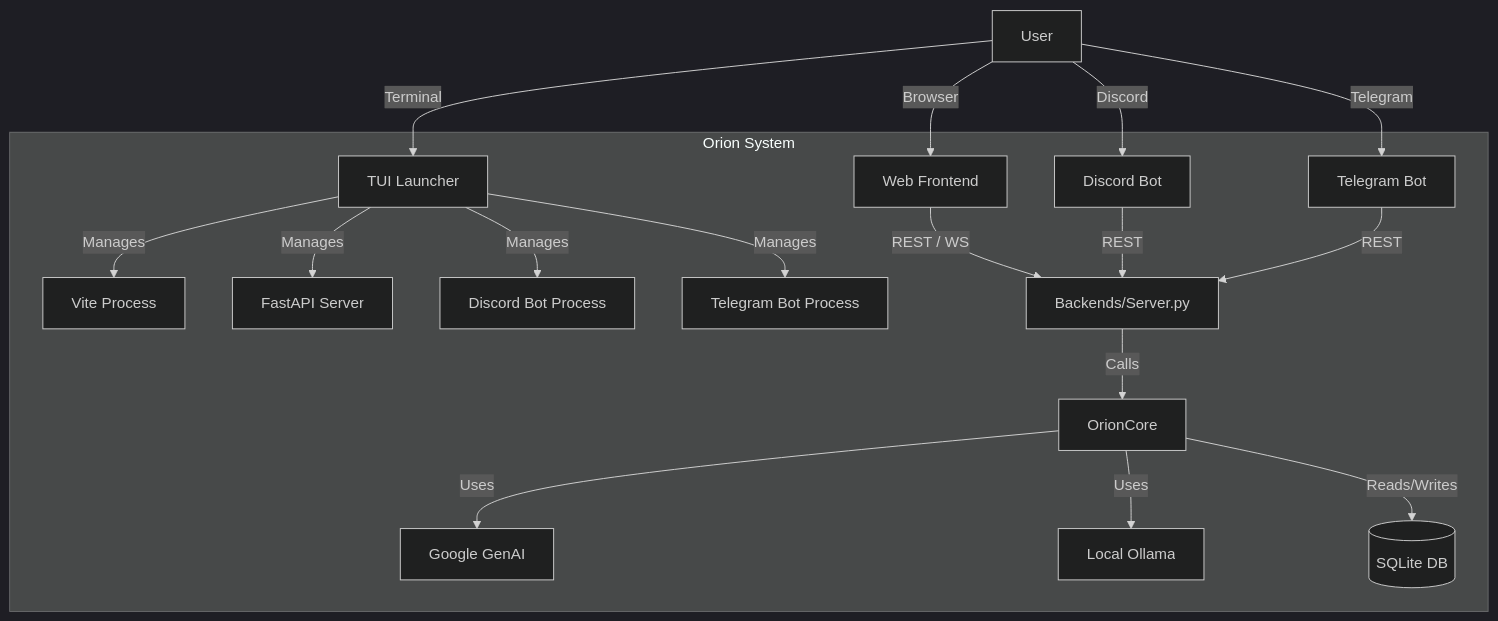
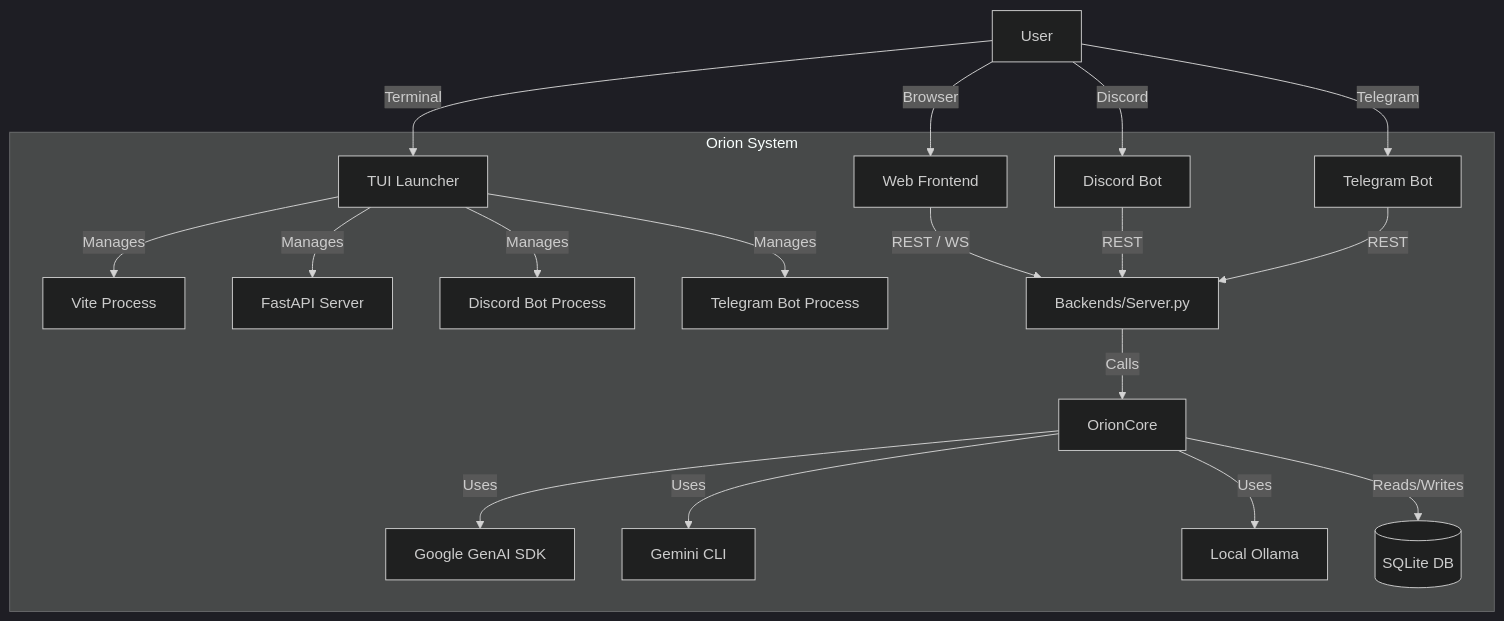
The diagram in docs/architecture.md (Dev-020/Orion), drawn with Mermaid (dark theme) before and after one commit. The commit also changed 5 other files, not shown here.

Commit message:
refactor: Gemini CLI Thin Wrapper architecture with --resume and GEMINI.md persona

````diff
--- a/docs/architecture.md
+++ b/docs/architecture.md
@@ -6,24 +6,25 @@
 ```mermaid
 graph TD
     User[User] -->|Browser| Web[Web Frontend]
     User -->|Terminal| Launcher[TUI Launcher]
     User -->|Discord| DiscordBot[Discord Bot]
     User -->|Telegram| TelegramBot[Telegram Bot]
     
     subgraph "Orion System"
         Launcher -->|Manages| WebProcess[Vite Process]
         Launcher -->|Manages| ServerProcess[FastAPI Server]
         Launcher -->|Manages| DiscordProcess[Discord Bot Process]
         Launcher -->|Manages| TelegramProcess[Telegram Bot Process]
         
         Web -->|REST / WS| Server[Backends/Server.py]
         DiscordBot -->|REST| Server
         TelegramBot -->|REST| Server
         
         Server -->|Calls| Core[OrionCore]
         
-        Core -->|Uses| GenAI[Google GenAI]
+        Core -->|Uses| GenAI[Google GenAI SDK]
+        Core -->|Uses| GeminiCLI[Gemini CLI]
         Core -->|Uses| Ollama[Local Ollama]
         Core -->|Reads/Writes| DB[(SQLite DB)]
     end
 ```
````
